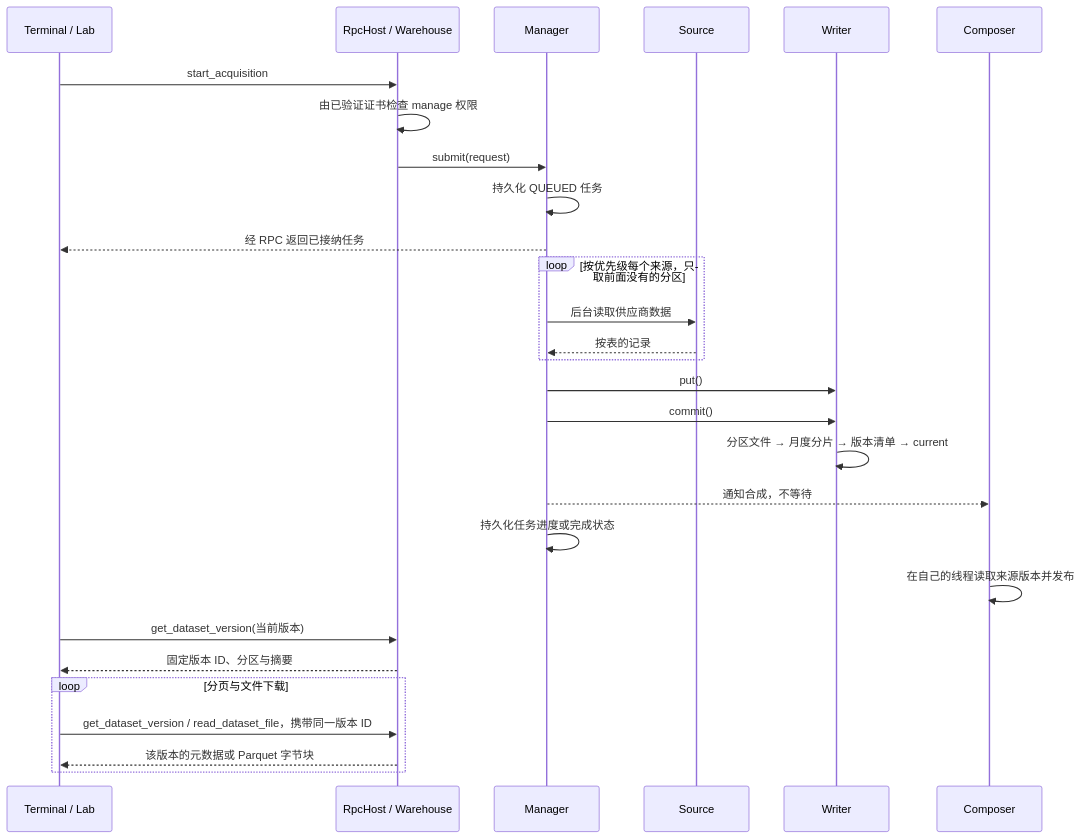
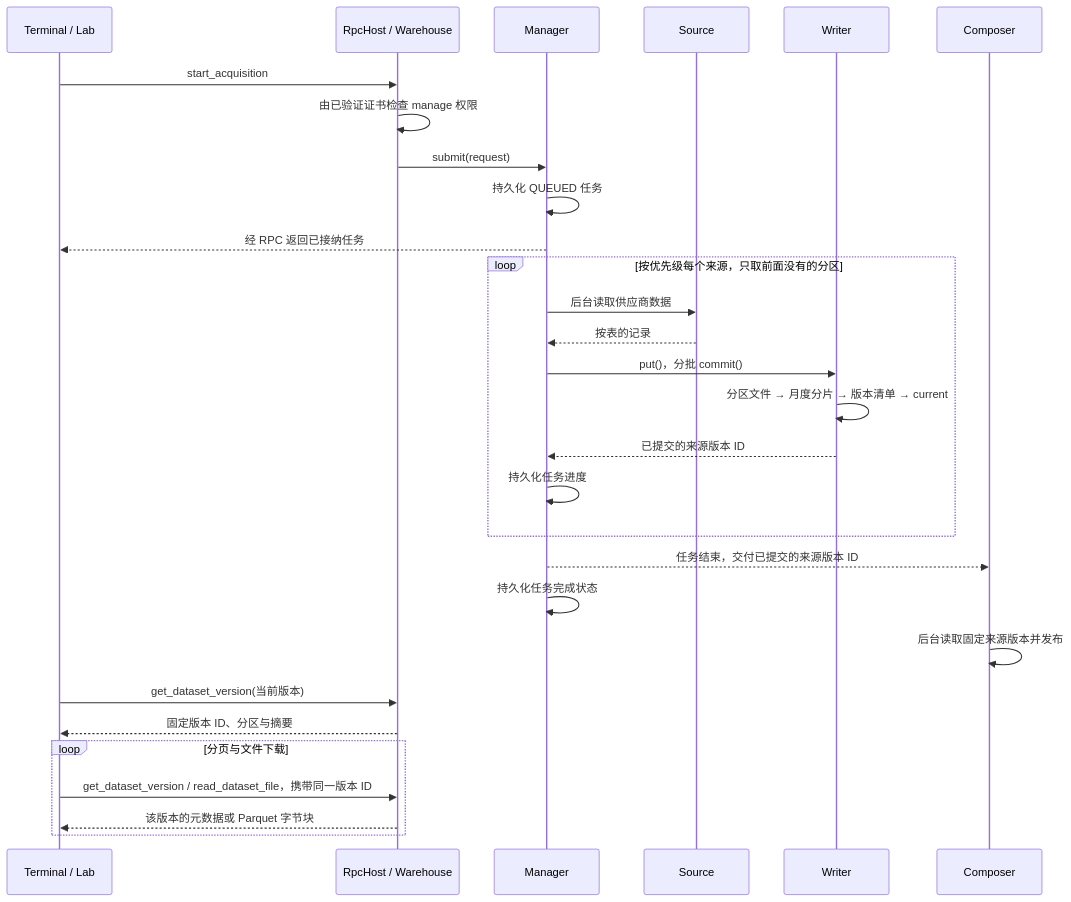
One commit to isqiwen/asterion-terminal changed the third of 3 diagrams in docs/warehouse/architecture.md. Above: the diagram before and after it, drawn with Mermaid. The commit also changed other lines of this file and 14 other files, not shown here.

````diff
--- a/docs/warehouse/architecture.md
+++ b/docs/warehouse/architecture.md
@@ -82,30 +82,31 @@
 ```mermaid
 sequenceDiagram
     participant Client as Terminal / Lab
     participant RPC as RpcHost / Warehouse
     participant Manager
     participant Source
     participant Writer
     participant Research as Composer
     Client->>RPC: start_acquisition
     RPC->>RPC: 由已验证证书检查 manage 权限
     RPC->>Manager: submit(request)
     Manager->>Manager: 持久化 QUEUED 任务
     Manager-->>Client: 经 RPC 返回已接纳任务
     loop 按优先级每个来源，只取前面没有的分区
         Manager->>Source: 后台读取供应商数据
         Source-->>Manager: 按表的记录
+        Manager->>Writer: put()，分批 commit()
+        Writer->>Writer: 分区文件 → 月度分片 → 版本清单 → current
+        Writer-->>Manager: 已提交的来源版本 ID
+        Manager->>Manager: 持久化任务进度
     end
-    Manager->>Writer: put()
-    Manager->>Writer: commit()
-    Writer->>Writer: 分区文件 → 月度分片 → 版本清单 → current
-    Manager-->>Research: 通知合成，不等待
-    Manager->>Manager: 持久化任务进度或完成状态
-    Research->>Research: 在自己的线程读取来源版本并发布
+    Manager-->>Research: 任务结束，交付已提交的来源版本 ID
+    Manager->>Manager: 持久化任务完成状态
+    Research->>Research: 后台读取固定来源版本并发布
     Client->>RPC: get_dataset_version(当前版本)
     RPC-->>Client: 固定版本 ID、分区与摘要
     loop 分页与文件下载
         Client->>RPC: get_dataset_version / read_dataset_file，携带同一版本 ID
         RPC-->>Client: 该版本的元数据或 Parquet 字节块
     end
 ```
````
